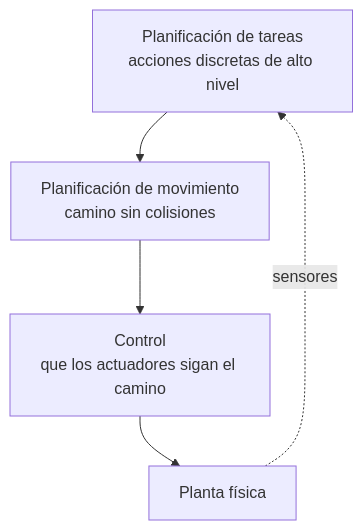
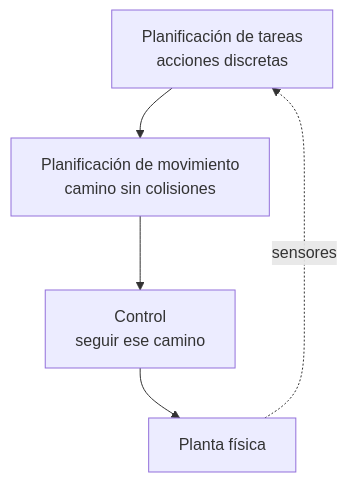
One commit to jmperez-profesor/mia changed the second of 3 diagrams in docs/bloques/B04_RA4/apuntes.md. Above: the diagram before and after it, drawn with Mermaid. The commit also changed other lines of this file and 14 other files, not shown here.

````diff
--- a/docs/bloques/B04_RA4/apuntes.md
+++ b/docs/bloques/B04_RA4/apuntes.md
@@ -95,7 +83,7 @@
 ```mermaid
 flowchart TD
-    T["Planificación de tareas<br/>acciones discretas de alto nivel"] --> M["Planificación de movimiento<br/>camino sin colisiones"]
-    M --> C["Control<br/>que los actuadores sigan el camino"]
+    T["Planificación de tareas<br/>acciones discretas"] --> M["Planificación de movimiento<br/>camino sin colisiones"]
+    M --> C["Control<br/>seguir ese camino"]
     C --> P[Planta física]
     P -. sensores .-> T
 ```
````
